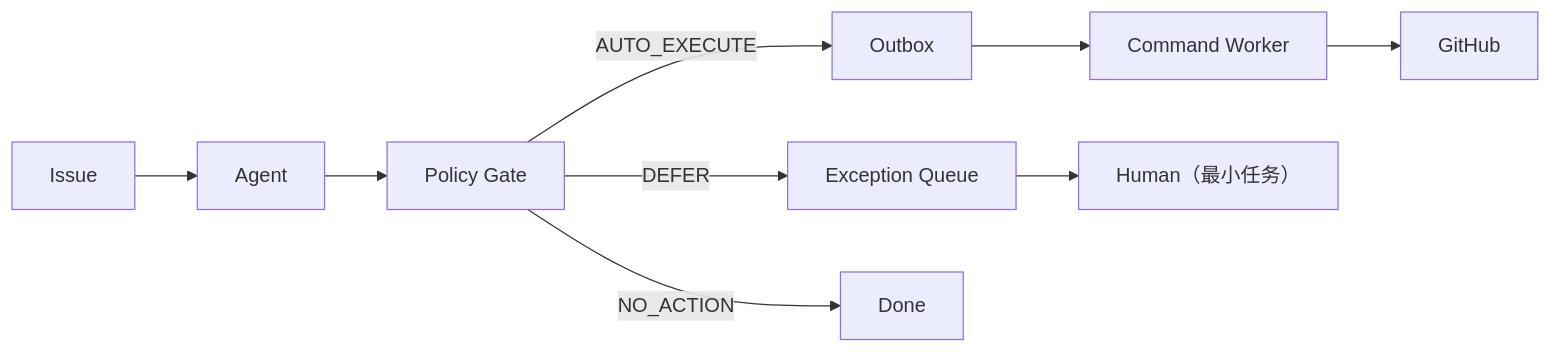
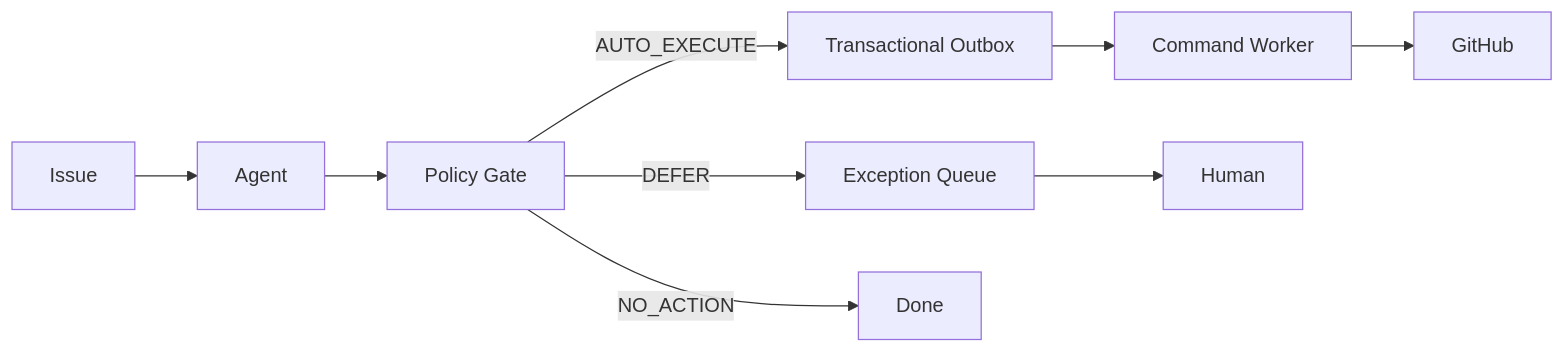
The diagram in docs/selective-automation-v2.md (chengyebi/issueflow-agent), drawn with Mermaid before and after one commit. The commit also changed other lines of this file and 23 other files, not shown here.

````diff
--- a/docs/selective-automation-v2.md
+++ b/docs/selective-automation-v2.md
@@ -14,11 +7,11 @@
 ```mermaid
 flowchart LR
     A["Issue"] --> AG["Agent"]
     AG --> PG["Policy Gate"]
-    PG -->|"AUTO_EXECUTE"| OB["Outbox"]
+    PG -->|"AUTO_EXECUTE"| OB["Transactional Outbox"]
     OB --> W["Command Worker"]
     W --> GH["GitHub"]
     PG -->|"DEFER"| EQ["Exception Queue"]
-    EQ --> H["Human（最小任务）"]
+    EQ --> H["Human"]
     PG -->|"NO_ACTION"| D["Done"]
 ```
````
